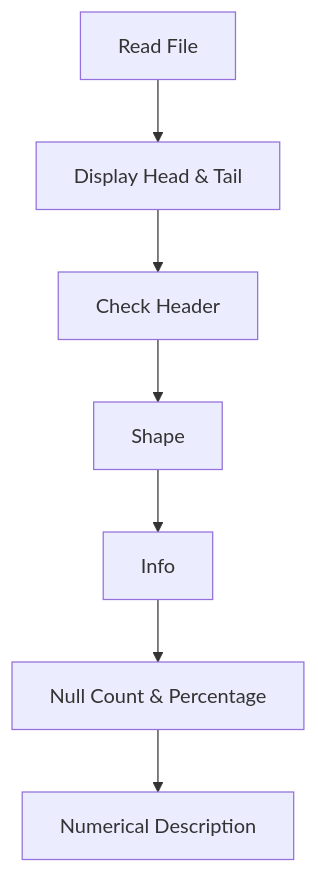
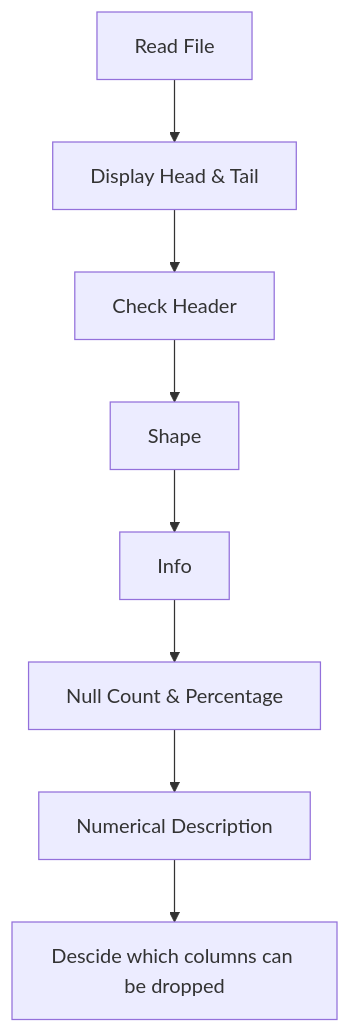
The second of 2 diagrams in 2. Read.md (datagrad/EDA-of-Bank-Telemarketing-Campaign), drawn with Mermaid before and after one commit. The commit also changed other lines of this file, not shown here.

Commit message:
Update 2. Read.md

````diff
--- a/2. Read.md
+++ b/2. Read.md
@@ -15,4 +15,6 @@
 ```mermaid
 flowchart TD
-A[Read File] --> B[Display Head & Tail] --> C[Check Header] --> D[Shape] --> E[Info]--> F[Null Count & Percentage] --> G[Numerical Description] ;
+A[Read File] --> B[Display Head & Tail] --> C[Check Header] --> D[Shape] --> E[Info]--> F[Null Count & Percentage] --> G[Numerical Description] --> H[Descide which columns can be dropped];
+
+
 ```
````
